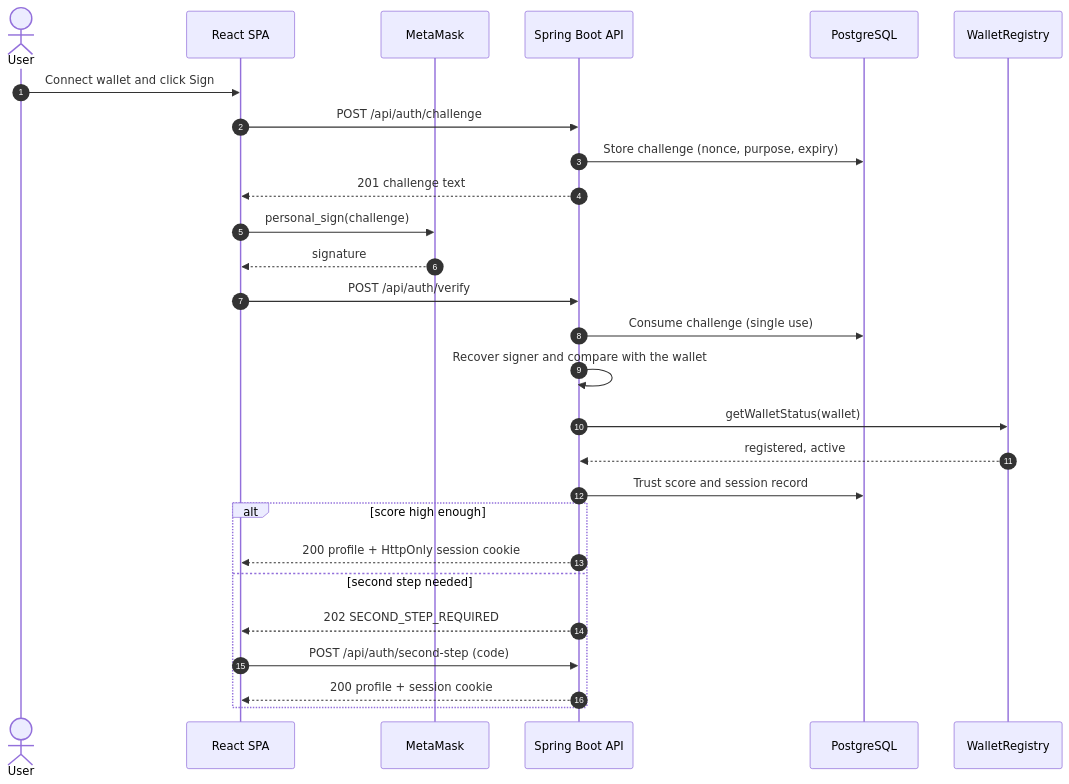
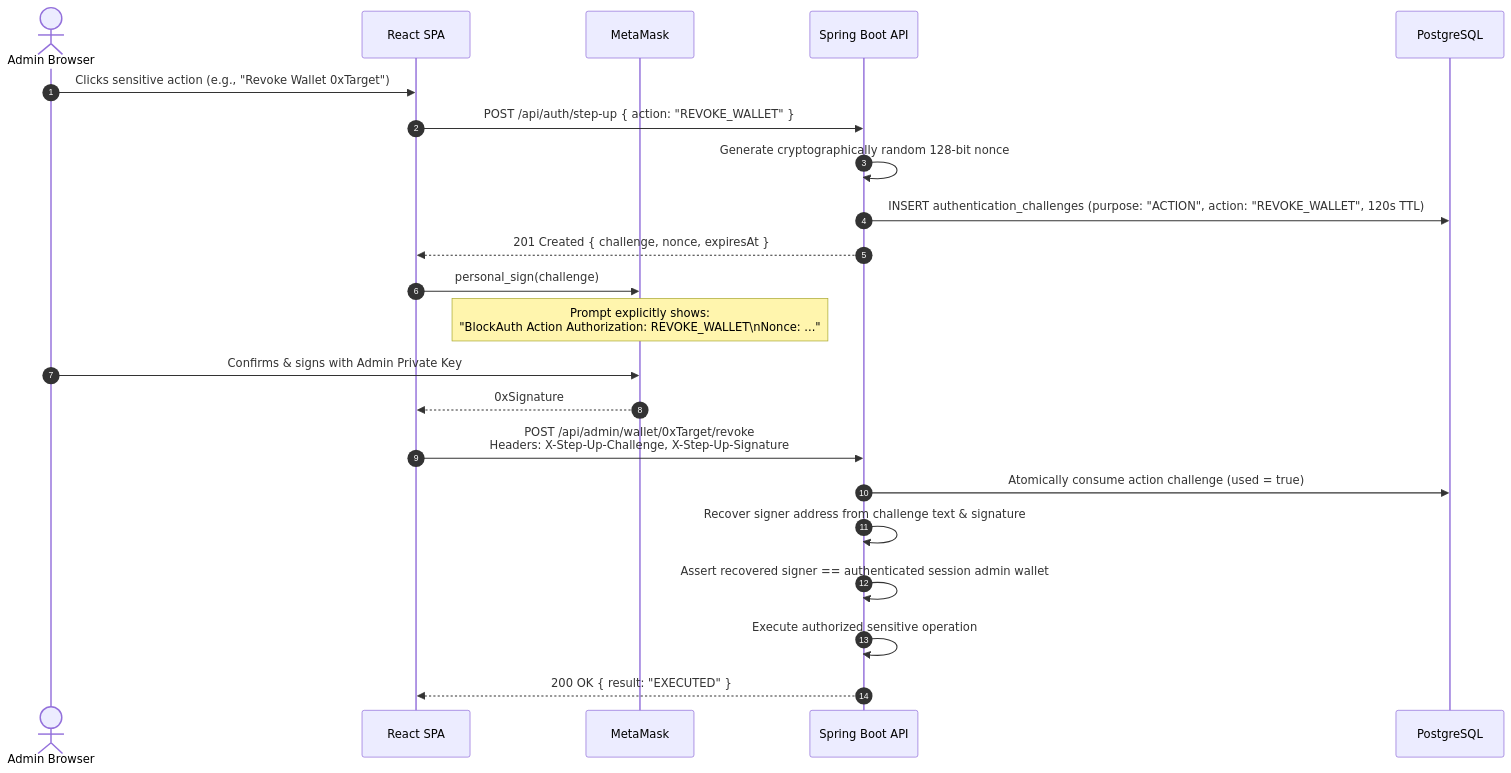
Before and after one commit to abhinandbs12/ai-augmented-decentralized-authentication-system: diagram 17 of 27 in README.md, drawn with Mermaid. The commit also changed other lines of this file and 1 other file, not shown here.

Commit message:
docs: finalize complete system documentation and architecture workflows

````diff
--- a/README.md
+++ b/README.md
@@ -91,29 +1098,27 @@
 ```mermaid
 sequenceDiagram
     autonumber
-    actor User
+    actor Admin as Admin Browser
     participant FE as React SPA
     participant MM as MetaMask
     participant BE as Spring Boot API
     participant DB as PostgreSQL
-    participant SC as WalletRegistry
-    User->>FE: Connect wallet and click Sign
-    FE->>BE: POST /api/auth/challenge
-    BE->>DB: Store challenge (nonce, purpose, expiry)
-    BE-->>FE: 201 challenge text
+
+    Admin->>FE: Clicks sensitive action (e.g., "Revoke Wallet 0xTarget")
+    FE->>BE: POST /api/auth/step-up { action: "REVOKE_WALLET" }
+    BE->>BE: Generate cryptographically random 128-bit nonce
+    BE->>DB: INSERT authentication_challenges (purpose: "ACTION", action: "REVOKE_WALLET", 120s TTL)
+    BE-->>FE: 201 Created { challenge, nonce, expiresAt }
+
     FE->>MM: personal_sign(challenge)
-    MM-->>FE: signature
-    FE->>BE: POST /api/auth/verify
-    BE->>DB: Consume challenge (single use)
-    BE->>BE: Recover signer and compare with the wallet
-    BE->>SC: getWalletStatus(wallet)
-    SC-->>BE: registered, active
-    BE->>DB: Trust score and session record
-    alt score high enough
-        BE-->>FE: 200 profile + HttpOnly session cookie
-    else second step needed
-        BE-->>FE: 202 SECOND_STEP_REQUIRED
-        FE->>BE: POST /api/auth/second-step (code)
-        BE-->>FE: 200 profile + session cookie
-    end
+    Note over MM: Prompt explicitly shows:<br/>"BlockAuth Action Authorization: REVOKE_WALLET\nNonce: ..."
+    Admin->>MM: Confirms & signs with Admin Private Key
+    MM-->>FE: 0xSignature
+
+    FE->>BE: POST /api/admin/wallet/0xTarget/revoke<br/>Headers: X-Step-Up-Challenge, X-Step-Up-Signature
+    BE->>DB: Atomically consume action challenge (used = true)
+    BE->>BE: Recover signer address from challenge text & signature
+    BE->>BE: Assert recovered signer == authenticated session admin wallet
+    BE->>BE: Execute authorized sensitive operation
+    BE-->>FE: 200 OK { result: "EXECUTED" }
 ```
````
